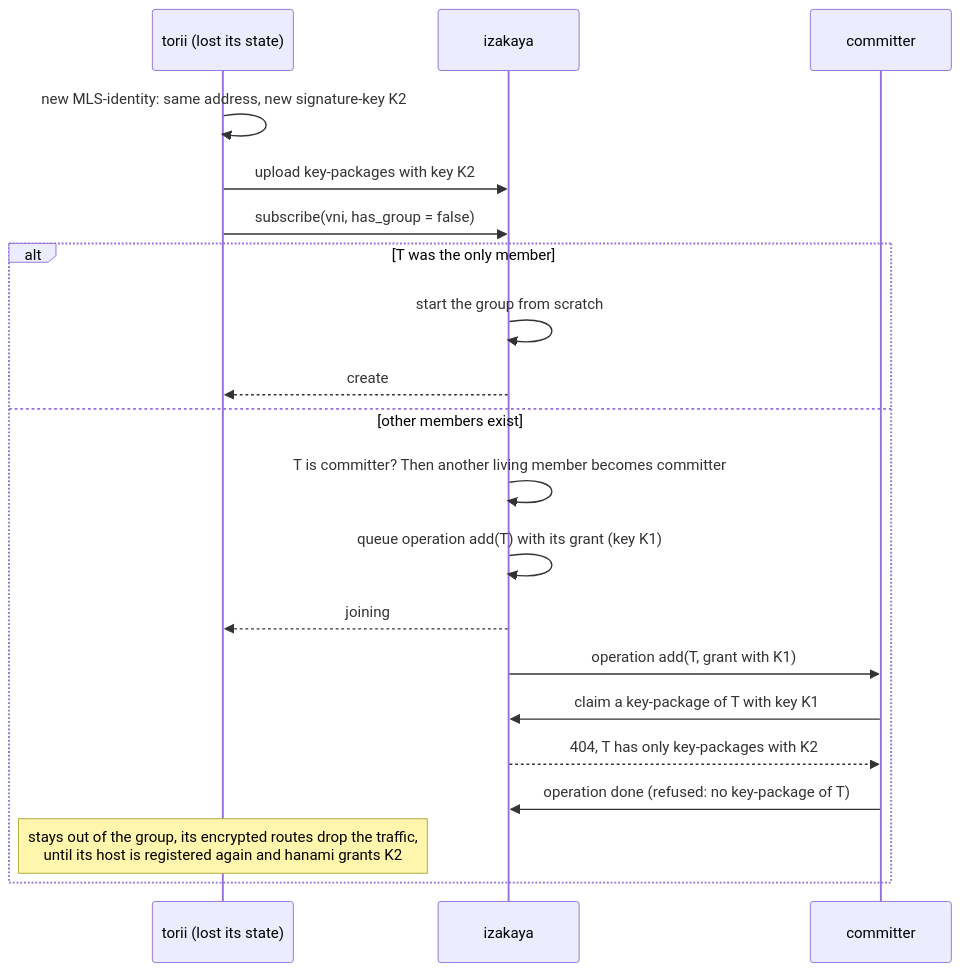
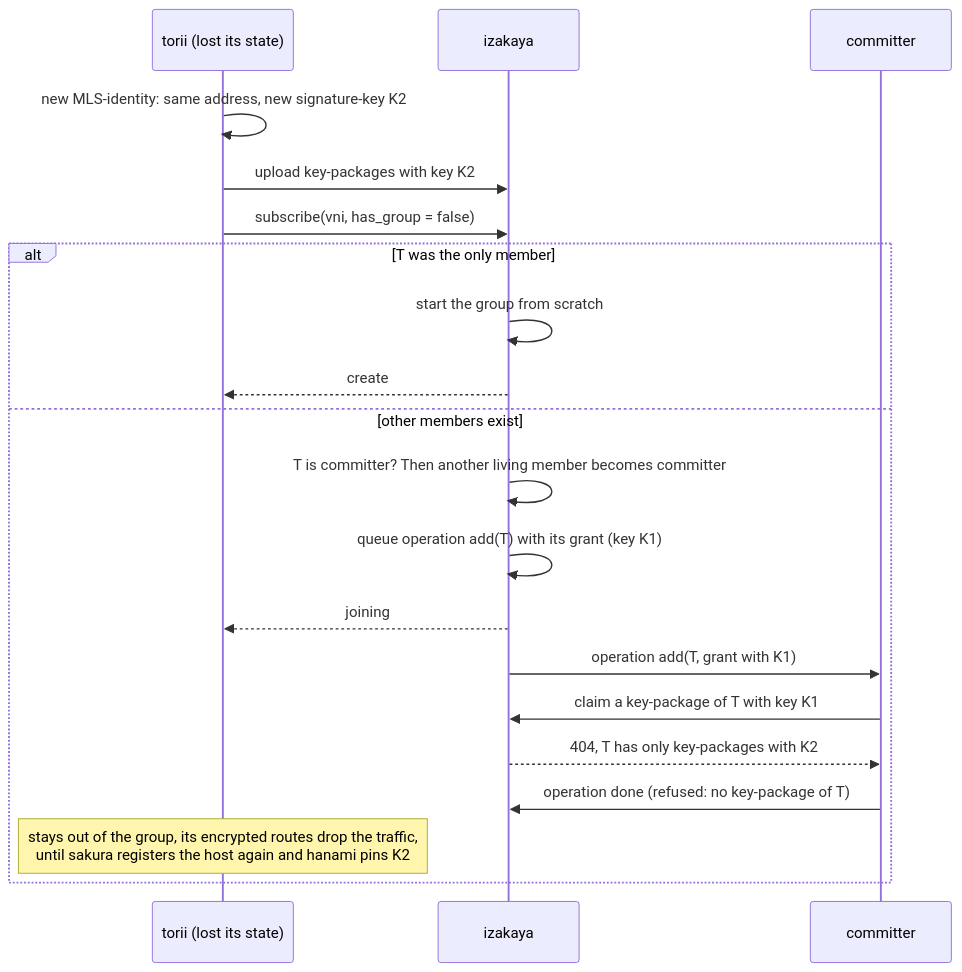
Before and after one commit to kitsudaiki/ainari: diagram 15 of 20 in docs/developer/sequence_diagrams/network_crypto_key_exchange.md, drawn with Mermaid. The commit also changed other lines of this file and 33 other files, not shown here.

````diff
--- a/docs/developer/sequence_diagrams/network_crypto_key_exchange.md
+++ b/docs/developer/sequence_diagrams/network_crypto_key_exchange.md
@@ -465,23 +482,23 @@
 ```mermaid
 sequenceDiagram
     participant T as torii (lost its state)
     participant I as izakaya
     participant C as committer
 
     T->>T: new MLS-identity: same address, new signature-key K2
     T->>I: upload key-packages with key K2
     T->>I: subscribe(vni, has_group = false)
     alt T was the only member
         I->>I: start the group from scratch
         I-->>T: create
     else other members exist
         I->>I: T is committer? Then another living member becomes committer
         I->>I: queue operation add(T) with its grant (key K1)
         I-->>T: joining
         I->>C: operation add(T, grant with K1)
         C->>I: claim a key-package of T with key K1
         I-->>C: 404, T has only key-packages with K2
         C->>I: operation done (refused: no key-package of T)
-        Note over T: stays out of the group, its encrypted routes drop the traffic,<br/>until its host is registered again and hanami grants K2
+        Note over T: stays out of the group, its encrypted routes drop the traffic,<br/>until sakura registers the host again and hanami pins K2
     end
 ```
````
